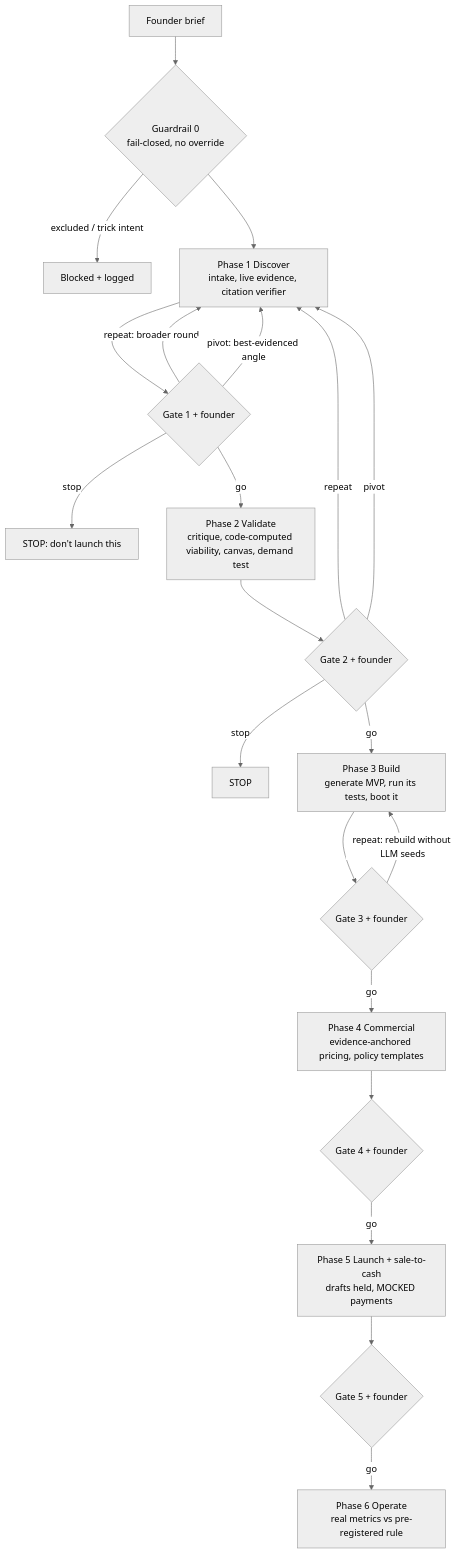
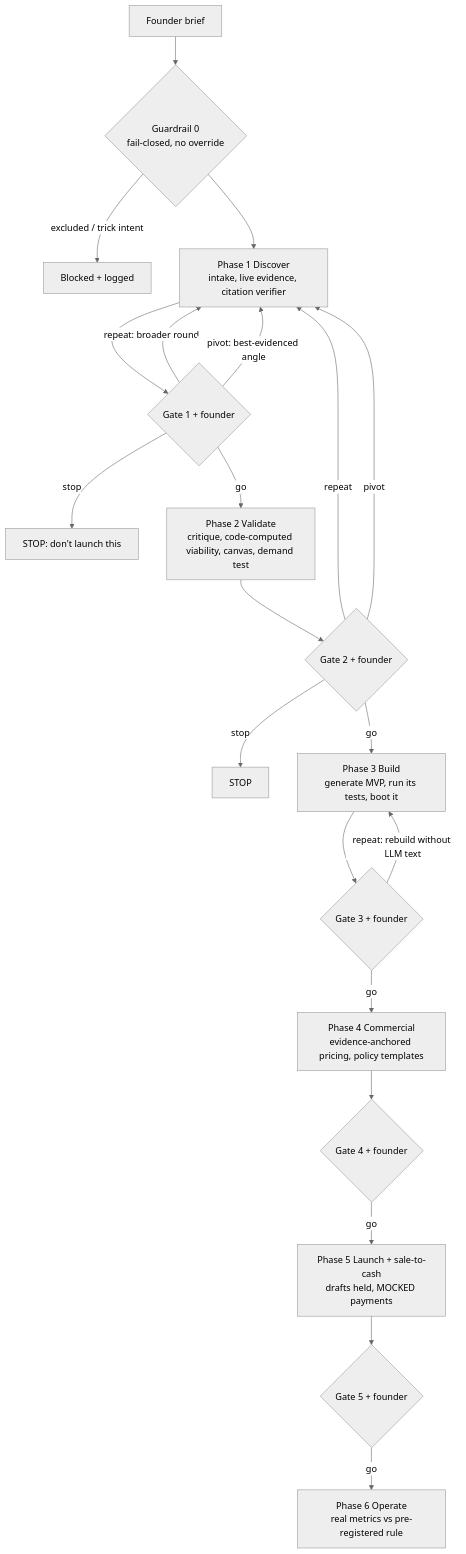
Before and after one commit to zeyadmsn07/HatchAI: the first of 2 diagrams in ARCHITECTURE.md, drawn with Mermaid (neutral theme). The commit also changed other lines of this file and 78 other files, not shown here.

````diff
--- a/ARCHITECTURE.md
+++ b/ARCHITECTURE.md
@@ -12,23 +12,23 @@
 ```mermaid
 graph TD
     B[Founder brief] --> G0{Guardrail 0<br/>fail-closed, no override}
     G0 -->|excluded / trick intent| X[Blocked + logged]
     G0 --> P1[Phase 1 Discover<br/>intake, live evidence, citation verifier]
     P1 --> GT1{Gate 1 + founder}
     GT1 -->|repeat: broader round| P1
     GT1 -->|pivot: best-evidenced angle| P1
     GT1 -->|stop| S1[STOP: don't launch this]
     GT1 -->|go| P2[Phase 2 Validate<br/>critique, code-computed viability, canvas, demand test]
     P2 --> GT2{Gate 2 + founder}
     GT2 -->|repeat| P1
     GT2 -->|pivot| P1
     GT2 -->|stop| S2[STOP]
     GT2 -->|go| P3[Phase 3 Build<br/>generate MVP, run its tests, boot it]
     P3 --> GT3{Gate 3 + founder}
-    GT3 -->|repeat: rebuild without LLM seeds| P3
+    GT3 -->|repeat: rebuild without LLM text| P3
     GT3 -->|go| P4[Phase 4 Commercial<br/>evidence-anchored pricing, policy templates]
     P4 --> GT4{Gate 4 + founder}
     GT4 -->|go| P5[Phase 5 Launch + sale-to-cash<br/>drafts held, MOCKED payments]
     P5 --> GT5{Gate 5 + founder}
     GT5 -->|go| P6[Phase 6 Operate<br/>real metrics vs pre-registered rule]
 ```
````
